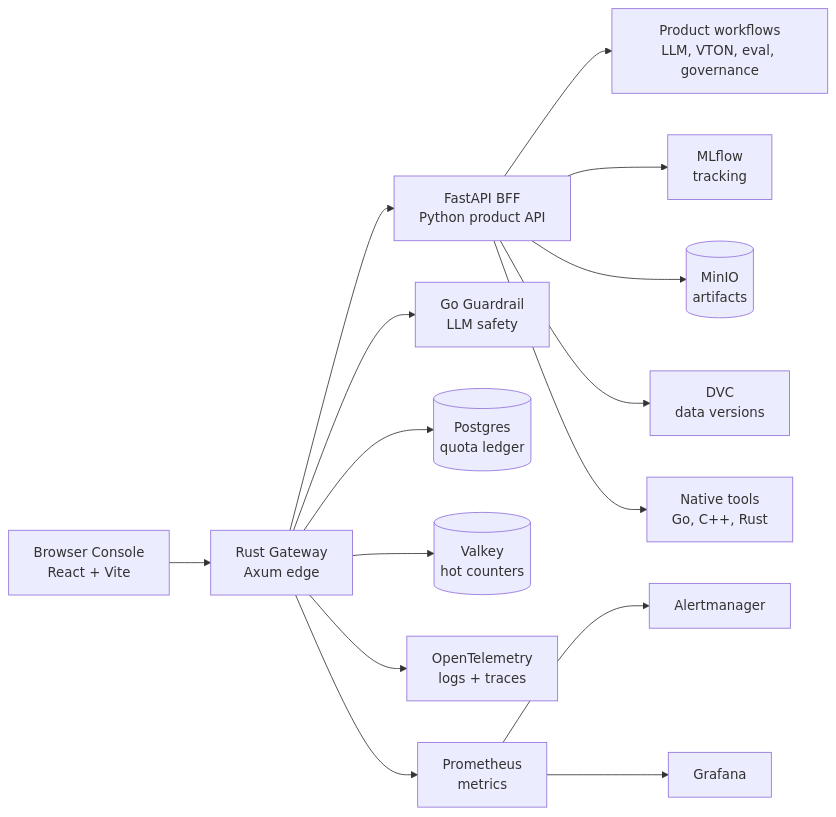
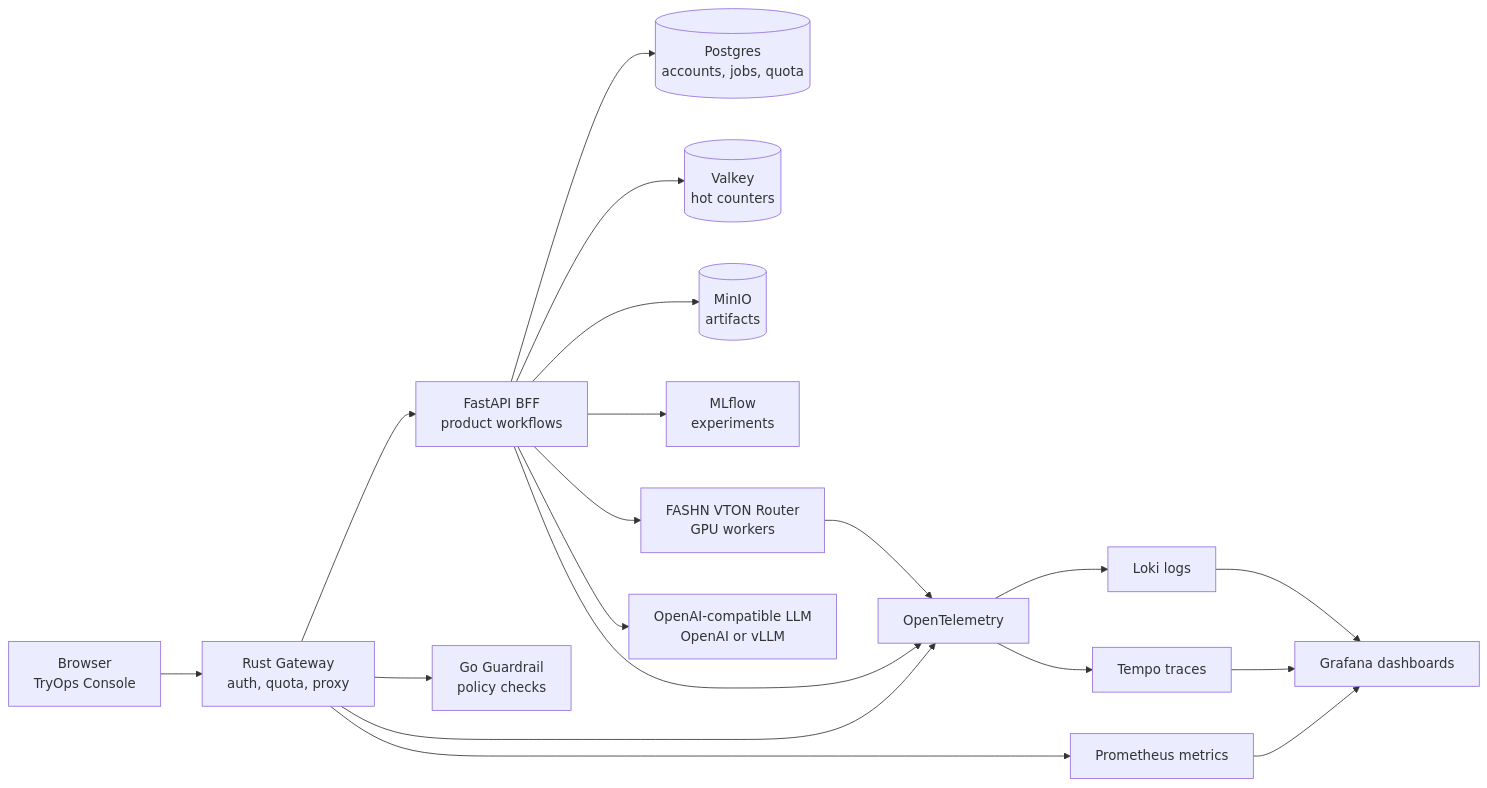
Before and after one commit to trungdangtapcode/TryOps-TryON-MLOps: the first of 3 diagrams in README.md, drawn with Mermaid. The commit also changed other lines of this file and 1 other file, not shown here.

````diff
--- a/README.md
+++ b/README.md
@@ -167,19 +29,23 @@
 ```mermaid
 flowchart LR
-  user["Browser Console<br/>React + Vite"] --> gateway["Rust Gateway<br/>Axum edge"]
-  gateway --> api["FastAPI BFF<br/>Python product API"]
-  gateway --> guardrail["Go Guardrail<br/>LLM safety"]
-  gateway --> quota[(Postgres<br/>quota ledger)]
-  gateway --> valkey[(Valkey<br/>hot counters)]
+  browser["Browser<br/>TryOps Console"] --> gateway["Rust Gateway<br/>auth, quota, proxy"]
+  gateway --> api["FastAPI BFF<br/>product workflows"]
+  gateway --> guardrail["Go Guardrail<br/>policy checks"]
 
-  api --> workflows["Product workflows<br/>LLM, VTON, eval, governance"]
-  api --> mlflow["MLflow<br/>tracking"]
+  api --> postgres[(Postgres<br/>accounts, jobs, quota)]
+  api --> valkey[(Valkey<br/>hot counters)]
   api --> minio[(MinIO<br/>artifacts)]
-  api --> dvc["DVC<br/>data versions"]
-  api --> native["Native tools<br/>Go, C++, Rust"]
+  api --> mlflow["MLflow<br/>experiments"]
+  api --> vton["FASHN VTON Router<br/>GPU workers"]
+  api --> llm["OpenAI-compatible LLM<br/>OpenAI or vLLM"]
 
-  gateway --> otel["OpenTelemetry<br/>logs + traces"]
-  gateway --> prometheus["Prometheus<br/>metrics"]
-  prometheus --> alertmanager["Alertmanager"]
-  prometheus --> grafana["Grafana"]
+  gateway --> otel["OpenTelemetry"]
+  api --> otel
+  vton --> otel
+  otel --> loki["Loki logs"]
+  otel --> tempo["Tempo traces"]
+  gateway --> prometheus["Prometheus metrics"]
+  prometheus --> grafana["Grafana dashboards"]
+  loki --> grafana
+  tempo --> grafana
 ```
````
